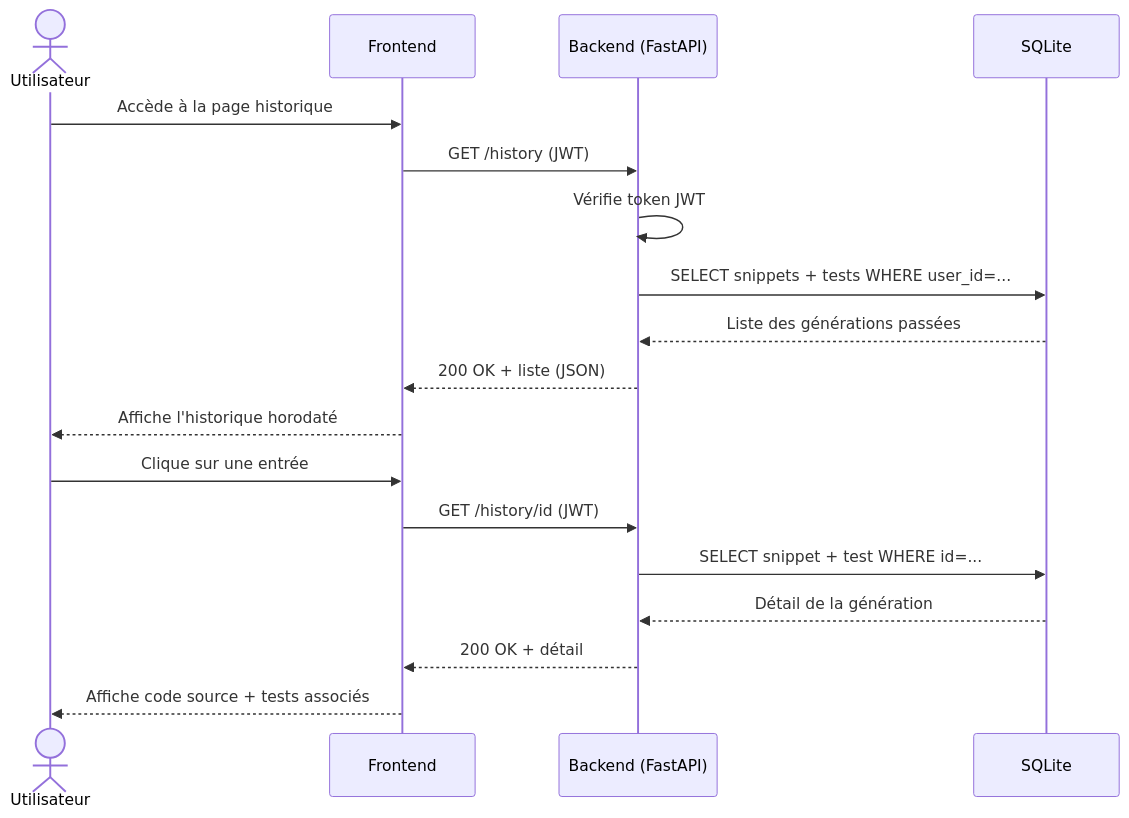
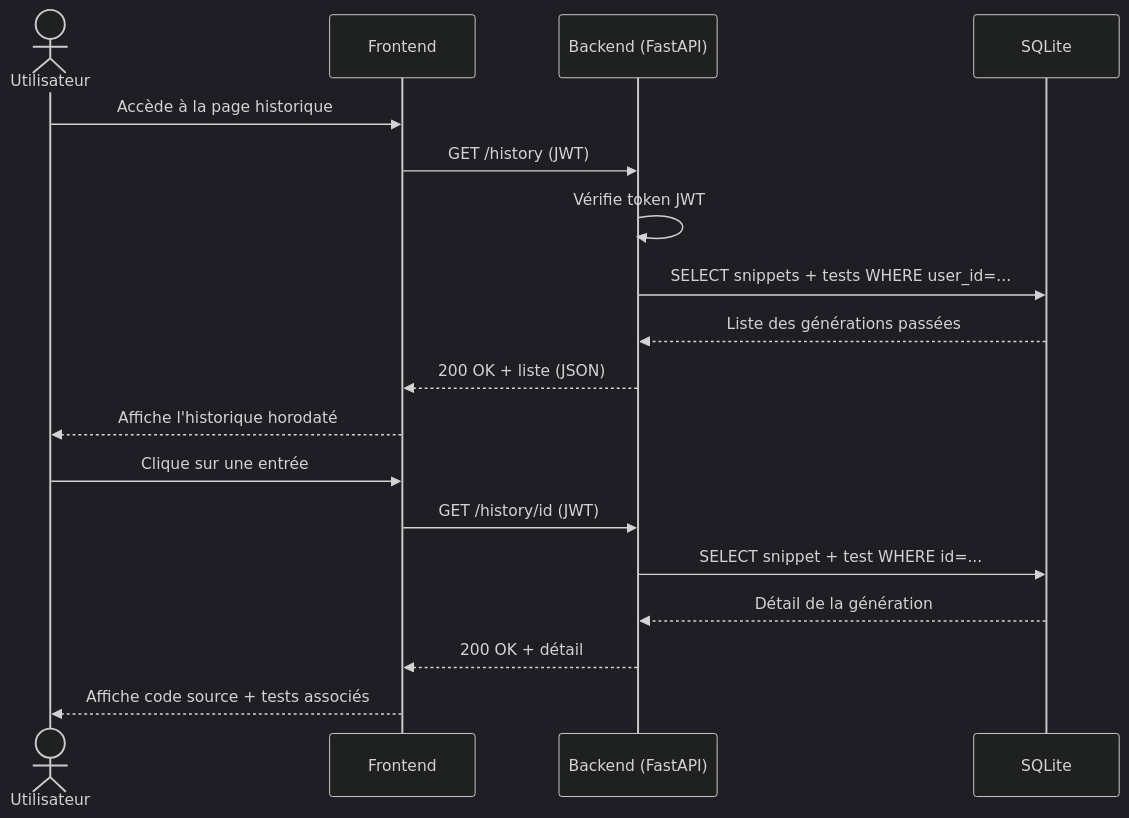
The third of 3 diagrams in docs/SEQUENCES.md (DaRKkem/TestGenAI), drawn with Mermaid before and after one commit. The commit also changed other lines of this file, not shown here.

Commit message:
docs(sequences): update scenario 2 with JWT auth check and alt login flow

````diff
--- a/docs/SEQUENCES.md
+++ b/docs/SEQUENCES.md
@@ -52,22 +61,24 @@
 ```mermaid
+%%{init: {'theme': 'dark'}}%%
+
 sequenceDiagram
     actor Utilisateur
     participant Frontend
     participant Backend as Backend (FastAPI)
     participant SQLite
 
     Utilisateur->>Frontend: Accède à la page historique
     Frontend->>Backend: GET /history (JWT)
     Backend->>Backend: Vérifie token JWT
     Backend->>SQLite: SELECT snippets + tests WHERE user_id=...
     SQLite-->>Backend: Liste des générations passées
     Backend-->>Frontend: 200 OK + liste (JSON)
     Frontend-->>Utilisateur: Affiche l'historique horodaté
 
     Utilisateur->>Frontend: Clique sur une entrée
     Frontend->>Backend: GET /history/id (JWT)
     Backend->>SQLite: SELECT snippet + test WHERE id=...
     SQLite-->>Backend: Détail de la génération
     Backend-->>Frontend: 200 OK + détail
     Frontend-->>Utilisateur: Affiche code source + tests associés
 ```
````
